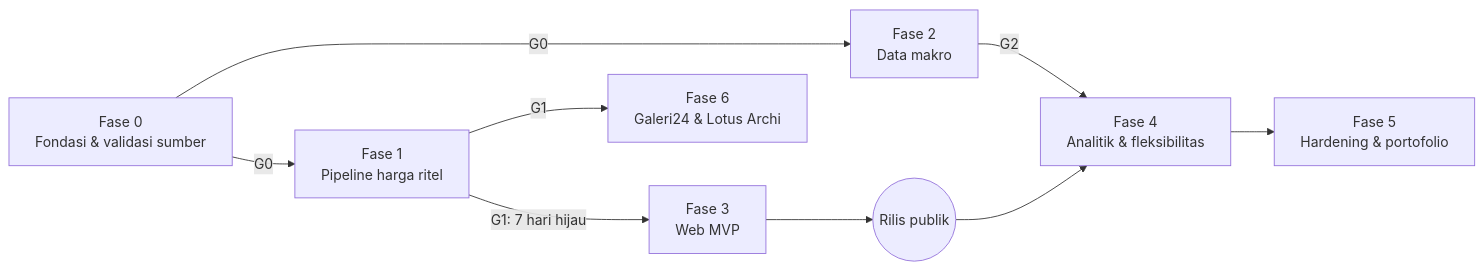
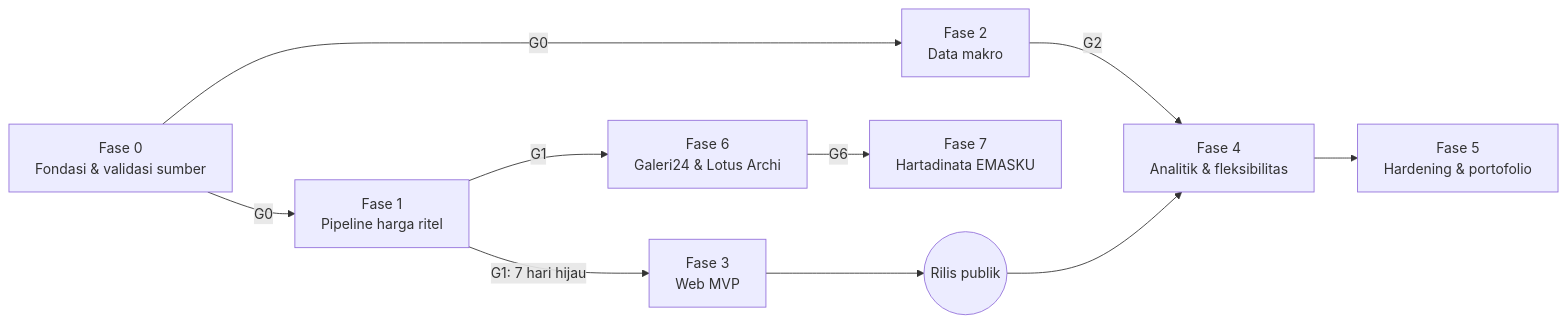
The diagram in plan/README.md (hafidznrg/gold-price-tracker), drawn with Mermaid before and after one commit. The commit also changed other lines of this file and 4 other files, not shown here.

First line of the commit message:
docs(plan): riset Hartadinata (EMASKU) dan rencana Fase 7

````diff
--- a/plan/README.md
+++ b/plan/README.md
@@ -18,19 +18,21 @@
 ```mermaid
 flowchart LR
   F0[Fase 0<br/>Fondasi & validasi sumber]
   F1[Fase 1<br/>Pipeline harga ritel]
   F2[Fase 2<br/>Data makro]
   F3[Fase 3<br/>Web MVP]
   F4[Fase 4<br/>Analitik & fleksibilitas]
   F5[Fase 5<br/>Hardening & portofolio]
   F6[Fase 6<br/>Galeri24 & Lotus Archi]
+  F7[Fase 7<br/>Hartadinata EMASKU]
   R((Rilis publik))
 
   F0 -->|G0| F1
   F0 -->|G0| F2
   F1 -->|G1: 7 hari hijau| F3
   F2 -->|G2| F4
   F3 --> R
   R --> F4 --> F5
   F1 -->|G1| F6
+  F6 -->|G6| F7
 ```
````
